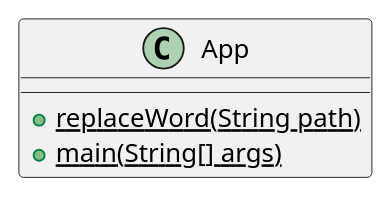
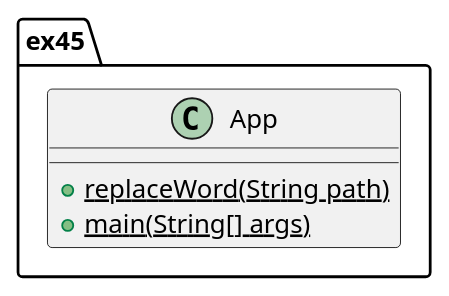
Before and after one commit to ayeekee/yeekee-cop3330-assignment3: the diagram in src/main/java/ex45/ex45cd.puml, drawn with PlantUML. The commit also changed 17 other files, not shown here.

```diff
--- a/src/main/java/ex45/ex45cd.puml
+++ b/src/main/java/ex45/ex45cd.puml
@@ -1,11 +1,11 @@
 @startuml
 'https://plantuml.com/class-diagram
 
-class App{
-
-+{static}replaceWord(String path)
-+{static}main(String[] args)
-
+package ex45{
+    class App{
+        +{static}replaceWord(String path)
+        +{static}main(String[] args)
+    }
 }
 
 @enduml
```
